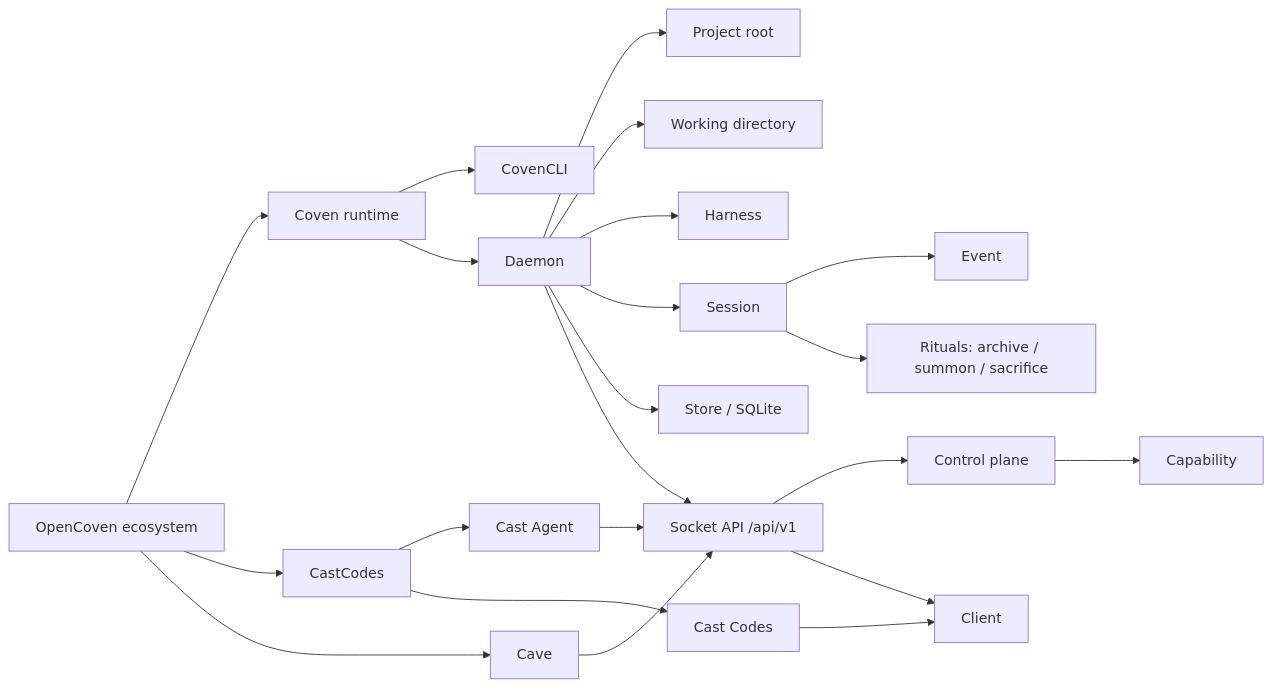
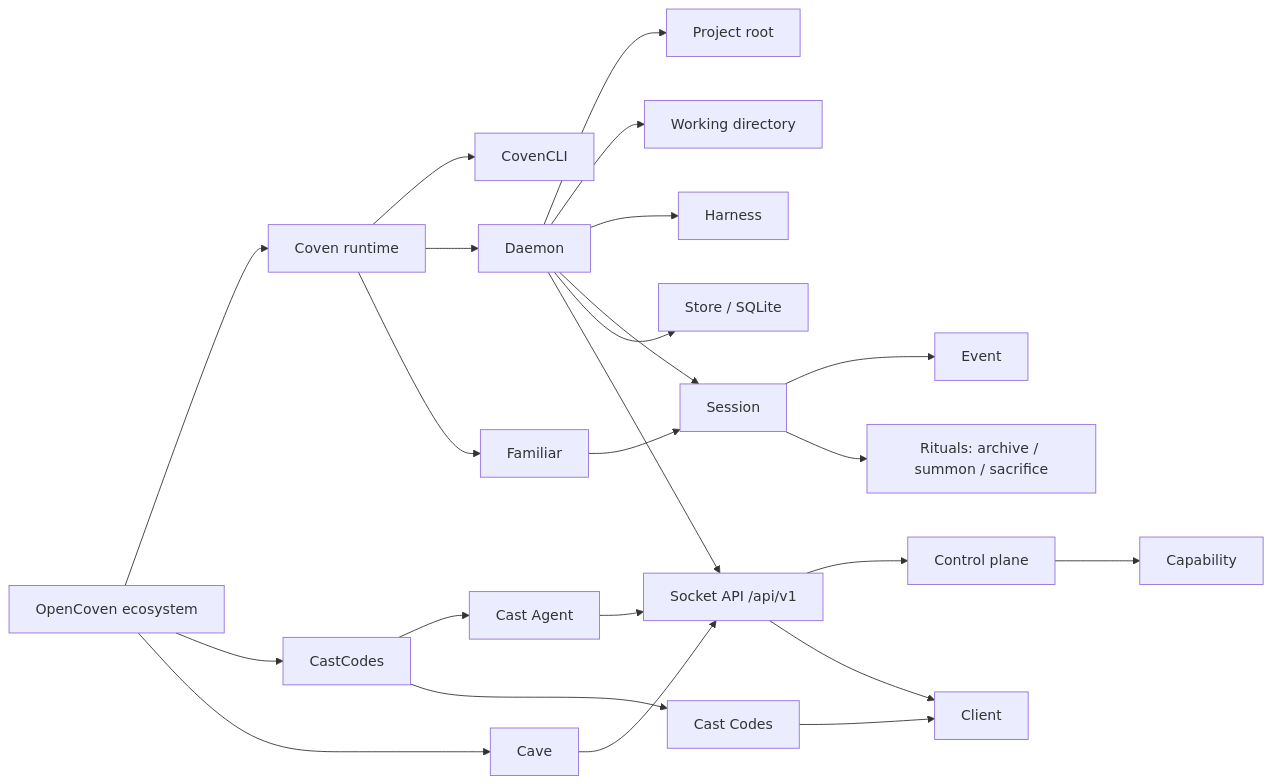
The diagram in content/docs/guide/concepts.mdx (OpenCoven/coven-docs), drawn with Mermaid before and after one commit. The commit also changed other lines of this file and 15 other files, not shown here.

````diff
--- a/content/docs/guide/concepts.mdx
+++ b/content/docs/guide/concepts.mdx
@@ -11,24 +12,26 @@
 ```mermaid
 flowchart LR
   OpenCoven[OpenCoven ecosystem] --> Coven[Coven runtime]
   Coven --> CovenCLI[CovenCLI]
   OpenCoven --> CastCodes[CastCodes]
   OpenCoven --> Cave[Cave]
   CastCodes --> CastAgent[Cast Agent]
   CastCodes --> CastCode[Cast Codes]
   Cave --> Socket
   Coven --> Daemon[Daemon]
   Daemon --> Project[Project root]
   Daemon --> Cwd[Working directory]
   Daemon --> Harness[Harness]
   Daemon --> Session[Session]
   Session --> Event[Event]
   Daemon --> Store[Store / SQLite]
   Daemon --> Socket[Socket API /api/v1]
+  Coven --> Familiar[Familiar]
+  Familiar --> Session
   Socket --> ControlPlane[Control plane]
   ControlPlane --> Capability[Capability]
   Socket --> Client[Client]
   CastCode --> Client
   CastAgent --> Socket
   Session --> Ritual["Rituals: archive / summon / sacrifice"]
 ```
````
